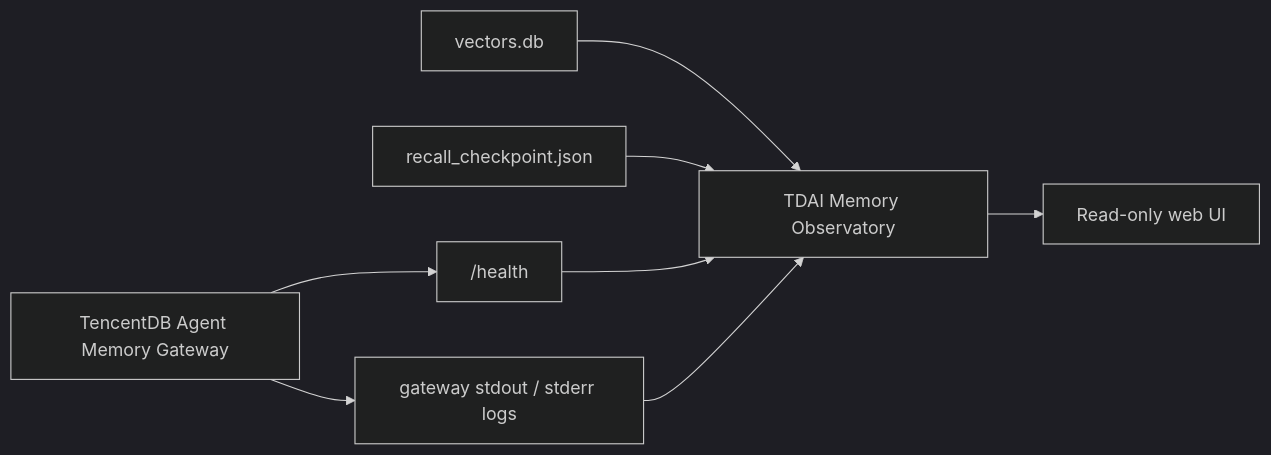
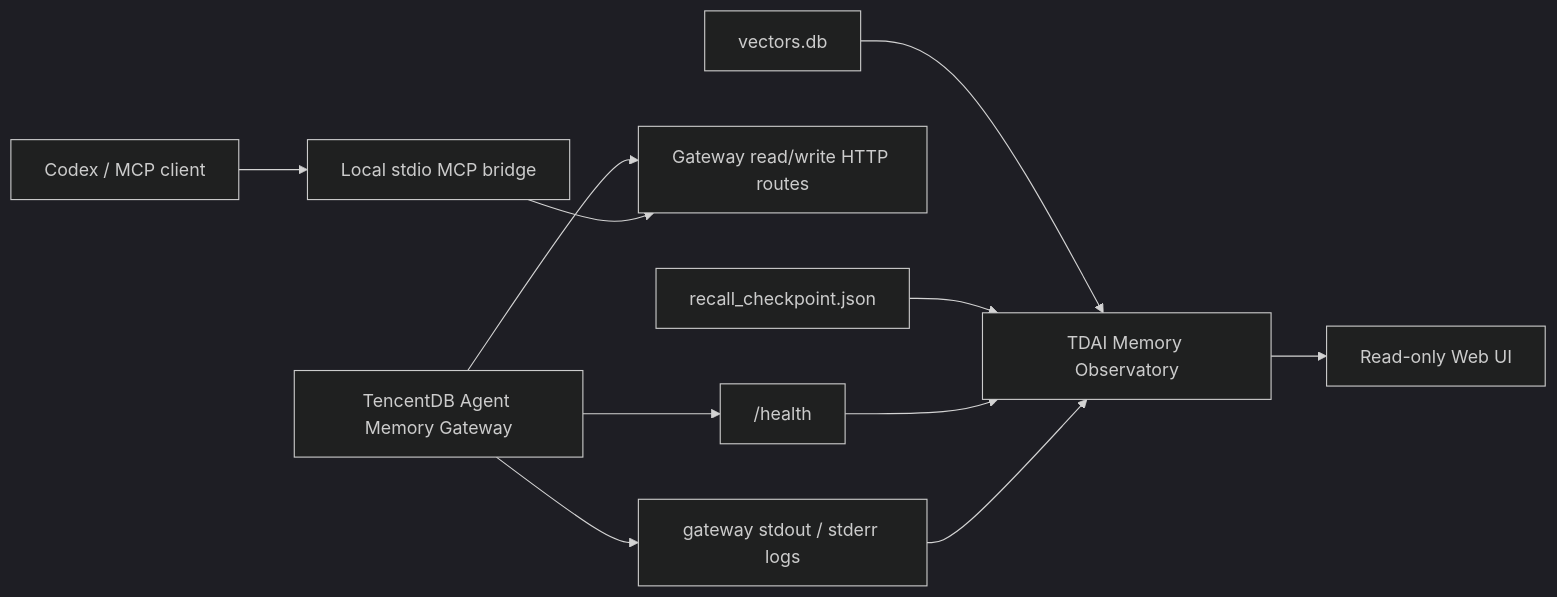
The diagram in README.md (sirenexcelsior/tdai-memory-observatory), drawn with Mermaid (dark theme) before and after one commit. The commit also changed other lines of this file and 7 other files, not shown here.

Commit message:
Add Codex MCP bridge and expand usage docs

````diff
--- a/README.md
+++ b/README.md
@@ -69,10 +78,13 @@
 ```mermaid
 flowchart LR
     A["TencentDB Agent Memory Gateway"] --> B["/health"]
+    A --> H["Gateway read/write HTTP routes"]
     A --> C["gateway stdout / stderr logs"]
     D["vectors.db"] --> F["TDAI Memory Observatory"]
     E["recall_checkpoint.json"] --> F
     B --> F
     C --> F
-    F --> G["Read-only web UI"]
+    F --> G["Read-only Web UI"]
+    I["Codex / MCP client"] --> J["Local stdio MCP bridge"]
+    J --> H
 ```
````
